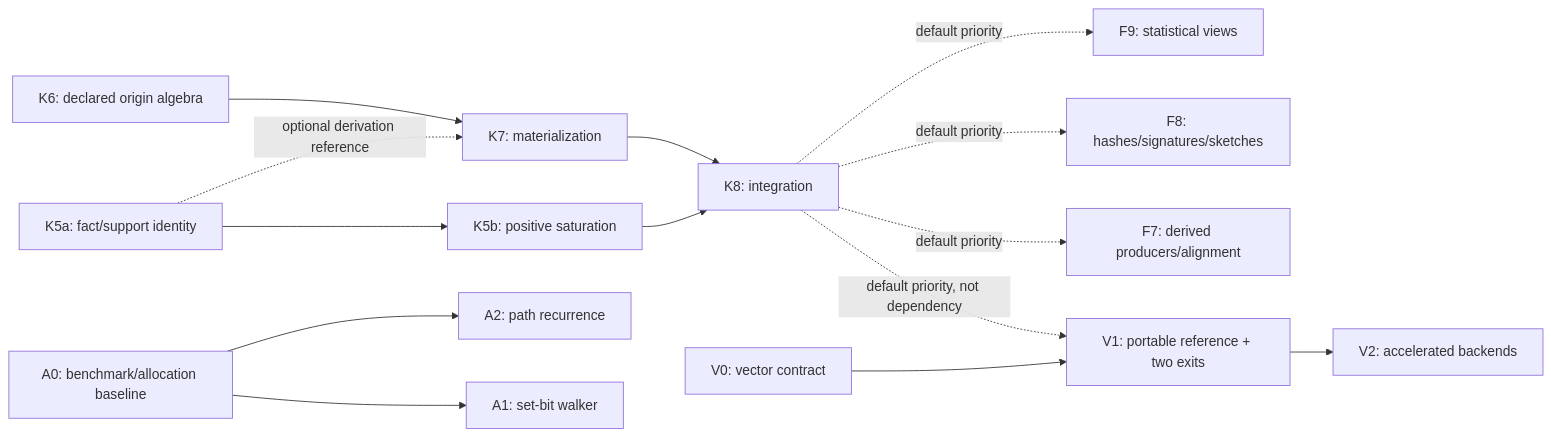
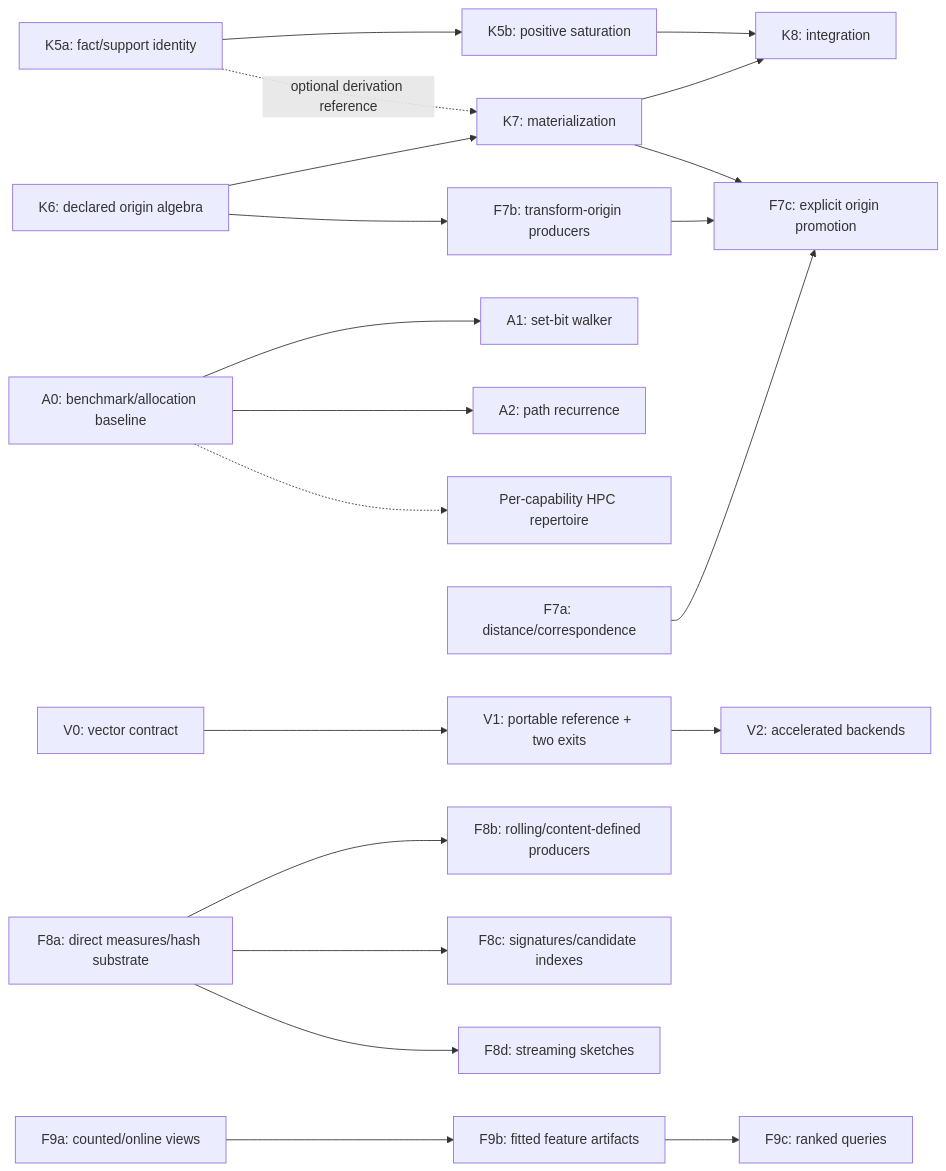
Before and after one commit to aghado01/codex-scientiae: the diagram in issues/doccer/briefs/sol-doccer-expansion-round2-adjudication-20260806_093159.md, drawn with Mermaid. The commit also changed other lines of this file and 5 other files, not shown here.

```diff
--- a/issues/doccer/briefs/sol-doccer-expansion-round2-adjudication-20260806_093159.md
+++ b/issues/doccer/briefs/sol-doccer-expansion-round2-adjudication-20260806_093159.md
@@ -250,15 +312,21 @@
 ~~~mermaid
 flowchart LR
     K5A["K5a: fact/support identity"] --> K5B["K5b: positive saturation"] --> K8["K8: integration"]
     K6["K6: declared origin algebra"] --> K7["K7: materialization"] --> K8
     K5A -.->|optional derivation reference| K7
 
     V0["V0: vector contract"] --> V1["V1: portable reference + two exits"] --> V2["V2: accelerated backends"]
     A0["A0: benchmark/allocation baseline"] --> A1["A1: set-bit walker"]
     A0 --> A2["A2: path recurrence"]
+    A0 -.-> AP["Per-capability HPC repertoire"]
 
-    K8 -.->|default priority, not dependency| V1
-    K8 -.->|default priority| F7["F7: derived producers/alignment"]
-    K8 -.->|default priority| F8["F8: hashes/signatures/sketches"]
-    K8 -.->|default priority| F9["F9: statistical views"]
+    F7A["F7a: distance/correspondence"] --> F7C["F7c: explicit origin promotion"]
+    K6 --> F7B["F7b: transform-origin producers"] --> F7C
+    K7 --> F7C
+
+    F8A["F8a: direct measures/hash substrate"] --> F8B["F8b: rolling/content-defined producers"]
+    F8A --> F8C["F8c: signatures/candidate indexes"]
+    F8A --> F8D["F8d: streaming sketches"]
+
+    F9A["F9a: counted/online views"] --> F9B["F9b: fitted feature artifacts"] --> F9C["F9c: ranked queries"]
 ~~~
```
